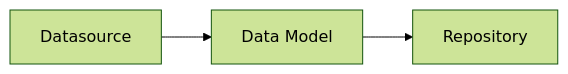
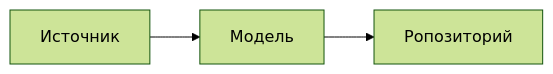
One commit to e22m4u/js-repository changed the diagram in README.md. Above: the diagram before and after it, drawn with Mermaid (forest theme).

````diff
--- a/README.md
+++ b/README.md
@@ -53,5 +53,5 @@
 ```mermaid
 flowchart LR
 
-A[Datasource]-->B[Data Model]-->С[Repository];
+A[Источник]-->B[Модель]-->С[Ропозиторий];
 ```
````
